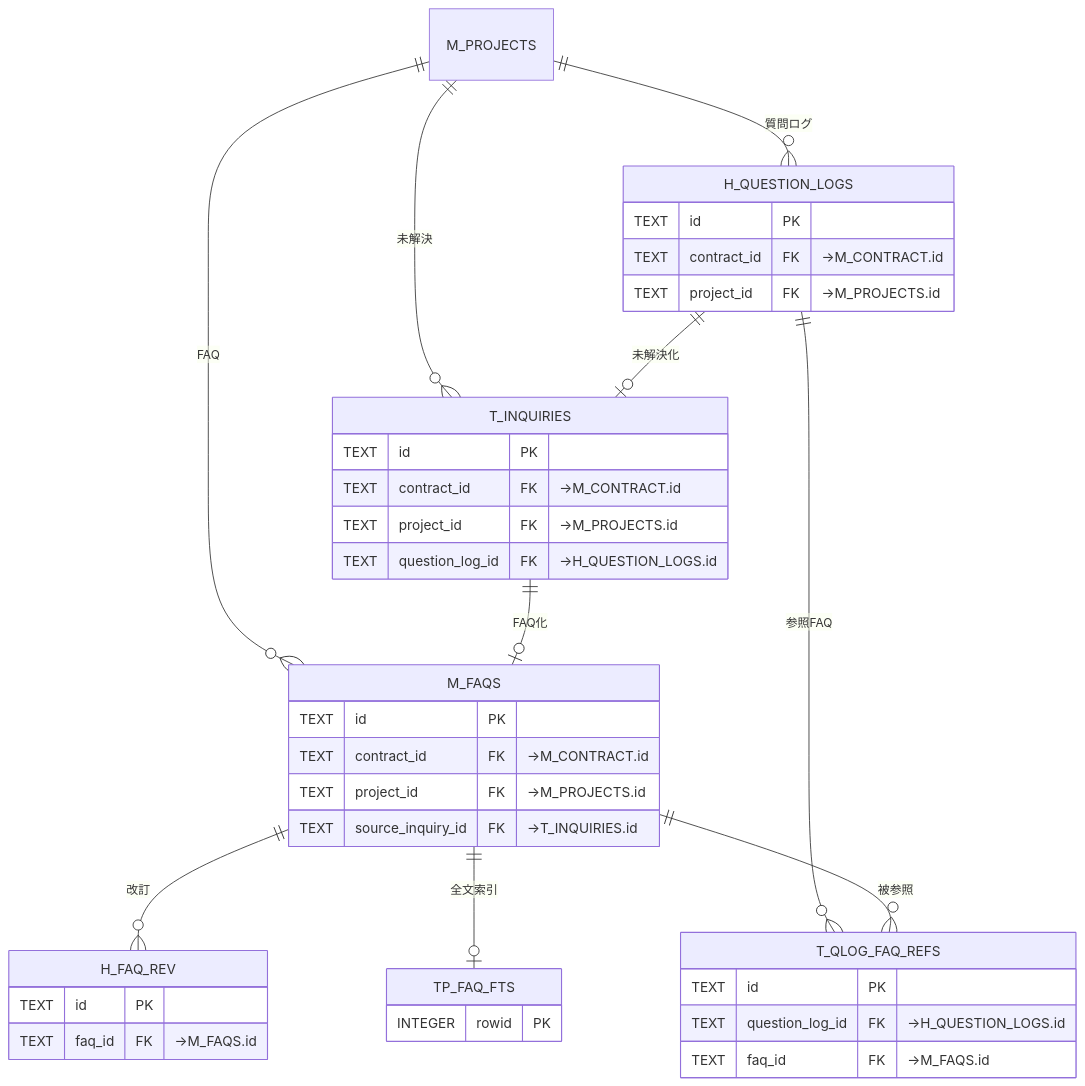
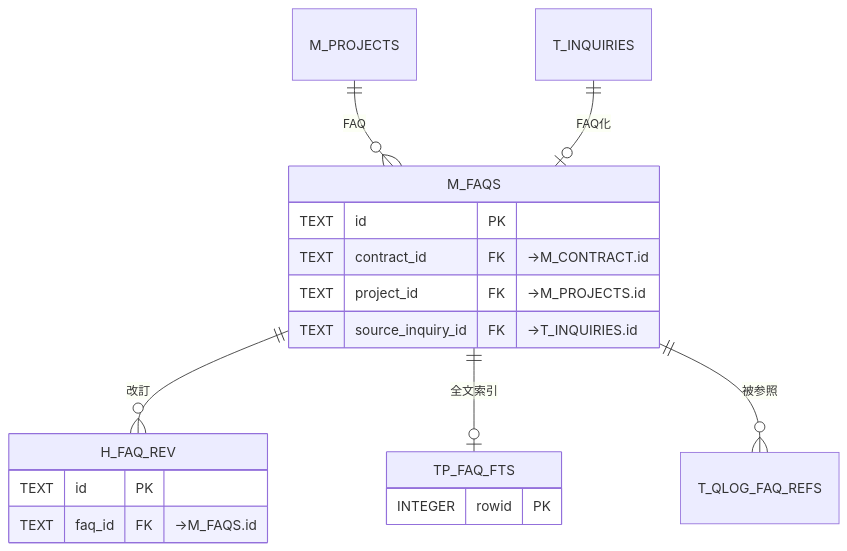
One commit to sikakou54/open-faq changed the sixth of 12 diagrams in 02_basic-design/03_database-design.md. Above: the diagram before and after it, drawn with Mermaid. The commit also changed other lines of this file, not shown here.

First line of the commit message:
DB設計 ER図(§4.1): FAQ・質問・未解決を FAQ/質問ログ/未解決質問の3節へ分割

````diff
--- a/02_basic-design/03_database-design.md
+++ b/02_basic-design/03_database-design.md
@@ -252,29 +252,15 @@
 ```mermaid
 erDiagram
   M_FAQS { TEXT id PK
     TEXT contract_id FK "→M_CONTRACT.id"
     TEXT project_id FK "→M_PROJECTS.id"
     TEXT source_inquiry_id FK "→T_INQUIRIES.id" }
   H_FAQ_REV { TEXT id PK
     TEXT faq_id FK "→M_FAQS.id" }
   TP_FAQ_FTS { INTEGER rowid PK }
-  H_QUESTION_LOGS { TEXT id PK
-    TEXT contract_id FK "→M_CONTRACT.id"
-    TEXT project_id FK "→M_PROJECTS.id" }
-  T_QLOG_FAQ_REFS { TEXT id PK
-    TEXT question_log_id FK "→H_QUESTION_LOGS.id"
-    TEXT faq_id FK "→M_FAQS.id" }
-  T_INQUIRIES { TEXT id PK
-    TEXT contract_id FK "→M_CONTRACT.id"
-    TEXT project_id FK "→M_PROJECTS.id"
-    TEXT question_log_id FK "→H_QUESTION_LOGS.id" }
   M_PROJECTS ||--o{ M_FAQS : "FAQ"
+  T_INQUIRIES ||--o| M_FAQS : "FAQ化"
   M_FAQS ||--o{ H_FAQ_REV : "改訂"
   M_FAQS ||--o| TP_FAQ_FTS : "全文索引"
-  M_PROJECTS ||--o{ H_QUESTION_LOGS : "質問ログ"
-  H_QUESTION_LOGS ||--o{ T_QLOG_FAQ_REFS : "参照FAQ"
   M_FAQS ||--o{ T_QLOG_FAQ_REFS : "被参照"
-  M_PROJECTS ||--o{ T_INQUIRIES : "未解決"
-  H_QUESTION_LOGS ||--o| T_INQUIRIES : "未解決化"
-  T_INQUIRIES ||--o| M_FAQS : "FAQ化"
 ```
````
